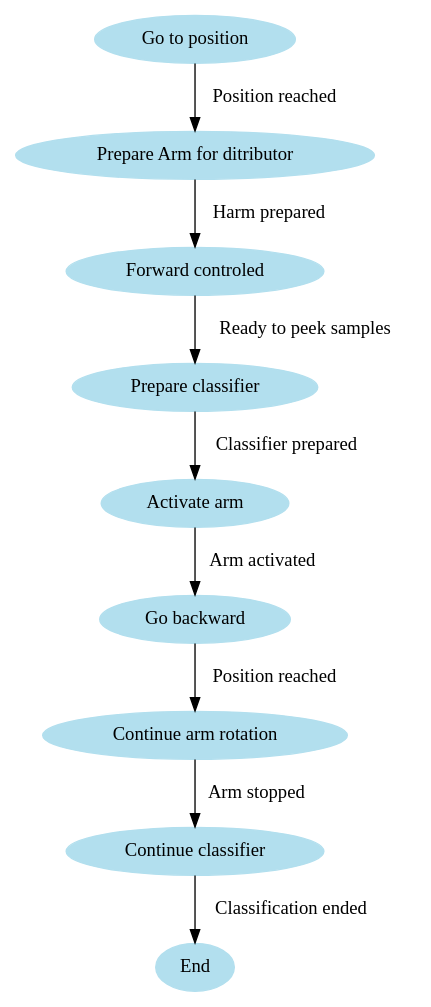
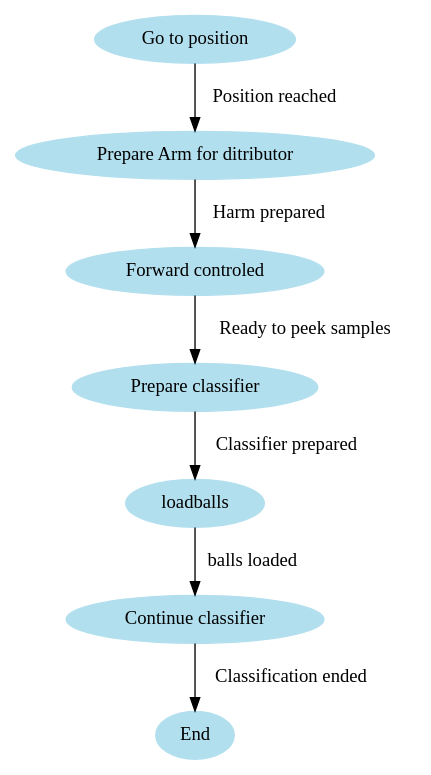
One commit to oliv5/apbteam changed the diagram in digital/io/doc/getSamplesFsm.dot. Above: the diagram before and after it, drawn with Graphviz. The commit also changed 2 other files, not shown here.

```diff
--- a/digital/io/doc/getSamplesFsm.dot
+++ b/digital/io/doc/getSamplesFsm.dot
@@ -1,13 +1,11 @@
 /* IO.avr module. Get Samples Final State Machine */
 digraph GetSamplesFsm 
 {
 	node [color=lightblue2, style=filled];
 	"Go to position" -> "Prepare Arm for ditributor" [label = "Position reached"];
 	"Prepare Arm for ditributor" -> "Forward controled" [label = "Harm prepared"];
 	"Forward controled" -> "Prepare classifier" [label = "Ready to peek samples"];
-	"Prepare classifier" -> "Activate arm" [label = "Classifier prepared"];
-	"Activate arm" -> "Go backward" [label = "Arm activated"];
-	"Go backward" -> "Continue arm rotation" [label = "Position reached"];
-	"Continue arm rotation" -> "Continue classifier" [label = "Arm stopped"];
+	"Prepare classifier" -> "loadballs" [label = "Classifier prepared"];
+	"loadballs" -> "Continue classifier" [label = "balls loaded"];
 	"Continue classifier" -> End [label = "Classification ended"];
 }
```
